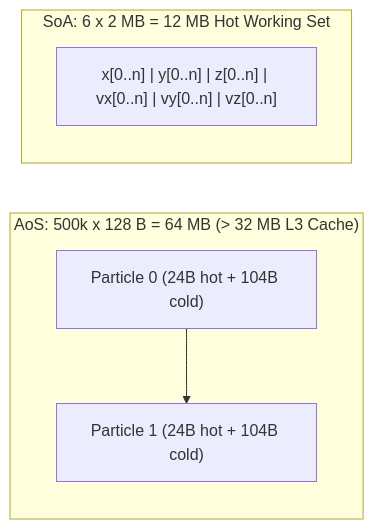
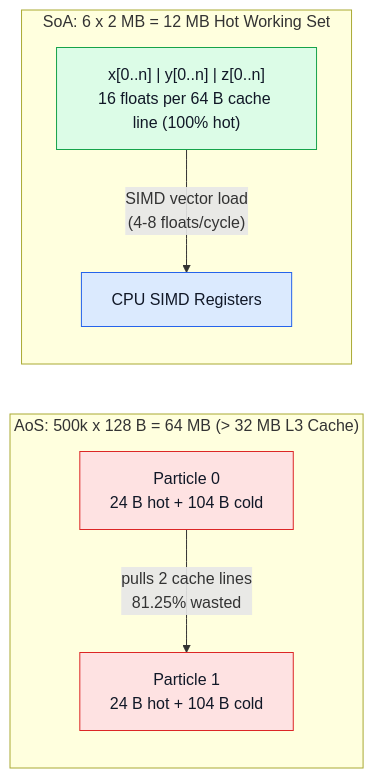
The diagram in lessons/SoaVsAos/Tutorial/en.md (LevyArsOS/cpp-lessons), drawn with Mermaid before and after one commit. The commit also changed other lines of this file and 9 other files, not shown here.

First line of the commit message:
docs(tutorials): upgrade Mermaid diagrams and clarify systems jargon

````diff
--- a/lessons/SoaVsAos/Tutorial/en.md
+++ b/lessons/SoaVsAos/Tutorial/en.md
@@ -40,9 +40,14 @@
 ```mermaid
 flowchart LR
-    subgraph AoS["AoS: 500k x 128 B = 64 MB (> 32 MB L3 Cache)"]
-        A0["Particle 0 (24B hot + 104B cold)"] --> A1["Particle 1 (24B hot + 104B cold)"]
+    classDef slow fill:#fee2e2,stroke:#dc2626,color:#111827
+    classDef fast fill:#dcfce7,stroke:#16a34a,color:#111827
+    classDef cpu fill:#dbeafe,stroke:#2563eb,color:#111827
+    classDef warn fill:#fef3c7,stroke:#d97706,color:#111827
+
+    subgraph AoS["AoS: 500k x 128 B = 64 MB (&gt; 32 MB L3 Cache)"]
+        A0["Particle 0<br/>24 B hot + 104 B cold"]:::slow -->|"pulls 2 cache lines<br/>81.25% wasted"| A1["Particle 1<br/>24 B hot + 104 B cold"]:::slow
     end
     subgraph SoA["SoA: 6 x 2 MB = 12 MB Hot Working Set"]
-        S0["x[0..n] | y[0..n] | z[0..n] | vx[0..n] | vy[0..n] | vz[0..n]"]
+        S0["x[0..n] | y[0..n] | z[0..n]<br/>16 floats per 64 B cache line (100% hot)"]:::fast -->|"SIMD vector load<br/>(4-8 floats/cycle)"| CPU["CPU SIMD Registers"]:::cpu
     end
 ```
````
